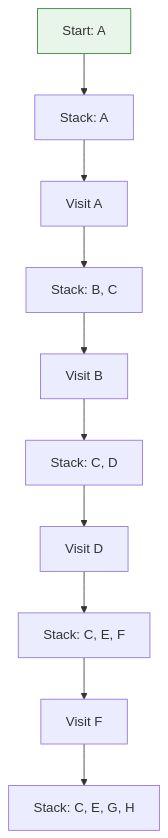
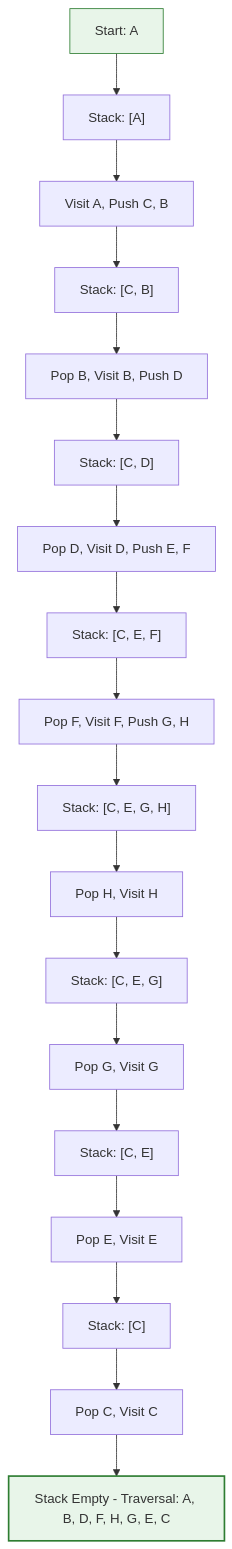
One commit to imyash0722/SEM3-DSA-UE25CS52A-STUDY-MATERIAL changed the fifth of 9 diagrams in site/docs/unit3/theory/unit3_09_graphs.md. Above: the diagram before and after it, drawn with Mermaid. The commit also changed other lines of this file and 113 other files, not shown here.

Commit message:
Fix Mermaid diagram syntax, dark mode readability, algorithmic visualizations, and update site build

````diff
--- a/site/docs/unit3/theory/unit3_09_graphs.md
+++ b/site/docs/unit3/theory/unit3_09_graphs.md
@@ -194,14 +187,23 @@
 ```mermaid
 graph TD
-    Start[Start: A] --> S1[Stack: A]
-    S1 --> V1[Visit A]
-    V1 --> S2[Stack: B, C]
-    S2 --> V2[Visit B]
-    V2 --> S3[Stack: C, D]
-    S3 --> V3[Visit D]
-    V3 --> S4[Stack: C, E, F]
-    S4 --> V4[Visit F]
-    V4 --> S5[Stack: C, E, G, H]
+    Start["Start: A"] --> S1["Stack: [A]"]
+    S1 --> V1["Visit A, Push C, B"]
+    V1 --> S2["Stack: [C, B]"]
+    S2 --> V2["Pop B, Visit B, Push D"]
+    V2 --> S3["Stack: [C, D]"]
+    S3 --> V3["Pop D, Visit D, Push E, F"]
+    V3 --> S4["Stack: [C, E, F]"]
+    S4 --> V4["Pop F, Visit F, Push G, H"]
+    V4 --> S5["Stack: [C, E, G, H]"]
+    S5 --> V5["Pop H, Visit H"]
+    V5 --> S6["Stack: [C, E, G]"]
+    S6 --> V6["Pop G, Visit G"]
+    V6 --> S7["Stack: [C, E]"]
+    S7 --> V7["Pop E, Visit E"]
+    V7 --> S8["Stack: [C]"]
+    S8 --> V8["Pop C, Visit C"]
+    V8 --> Done["Stack Empty - Traversal: A, B, D, F, H, G, E, C"]
     
     style Start fill:#e8f5e9,stroke:#2e7d32
+    style Done fill:#e8f5e9,stroke:#2e7d32,stroke-width:2px
 ```
````
